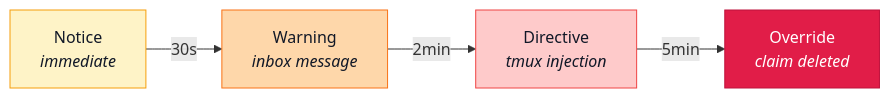
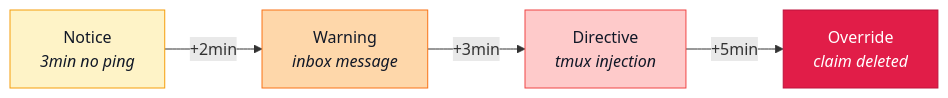
Before and after one commit to Osama-Yusuf/fleet: the fourth of 4 diagrams in README.md, drawn with Mermaid. The commit also changed other lines of this file and 6 other files, not shown here.

````diff
--- a/README.md
+++ b/README.md
@@ -235,15 +235,15 @@
 ```mermaid
 flowchart LR
-    N["Notice<br/><i>immediate</i>"] -->|30s| W["Warning<br/><i>inbox message</i>"]
-    W -->|2min| D["Directive<br/><i>tmux injection</i>"]
-    D -->|5min| O["Override<br/><i>claim deleted</i>"]
+    N["Notice<br/><i>3min no ping</i>"] -->|+2min| W["Warning<br/><i>inbox message</i>"]
+    W -->|+3min| D["Directive<br/><i>tmux injection</i>"]
+    D -->|+5min| O["Override<br/><i>claim deleted</i>"]
 
     classDef notice fill:#fef3c7,stroke:#f59e0b,color:#111827
     classDef warn fill:#fed7aa,stroke:#f97316,color:#111827
     classDef directive fill:#fecaca,stroke:#ef4444,color:#111827
     classDef override fill:#e11d48,stroke:#be123c,color:#fff
     class N notice
     class W warn
     class D directive
     class O override
 ```
````
